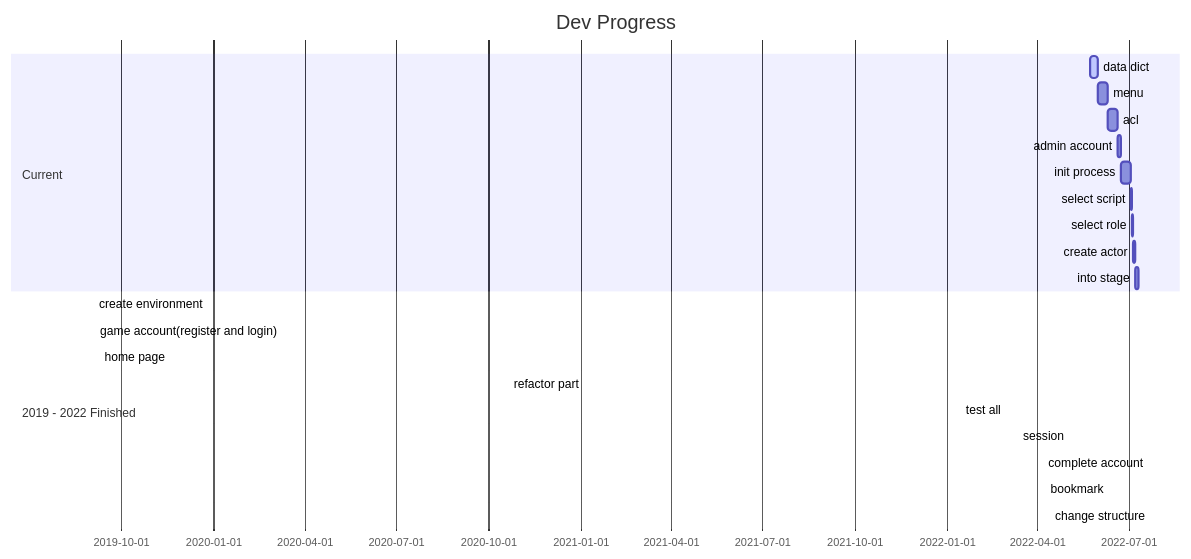
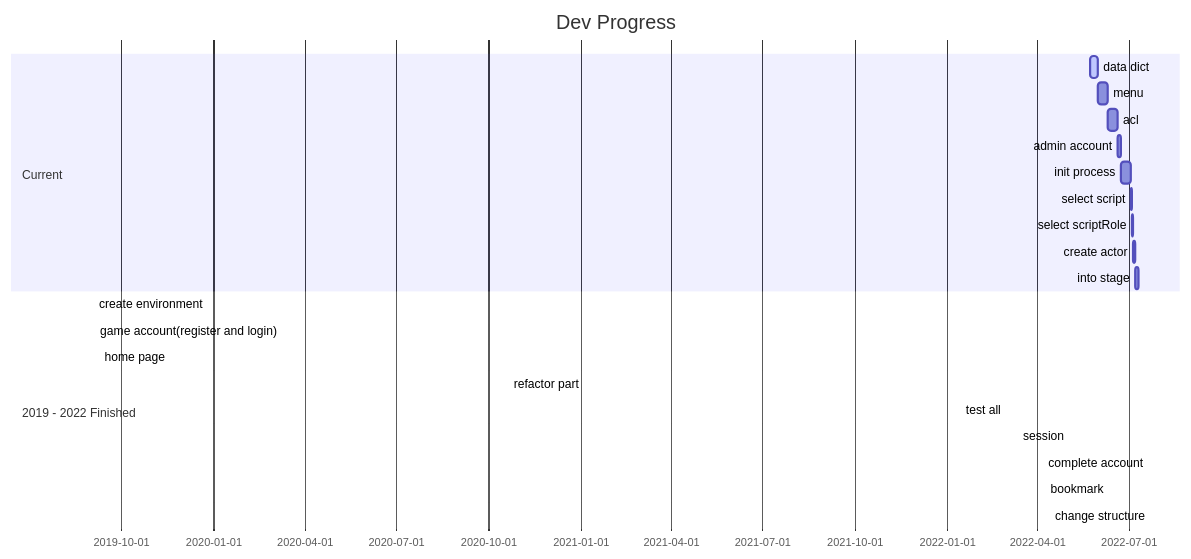
One commit to mrzhqiang/hellgate changed the second of 2 diagrams in docs/plan.md. Above: the diagram before and after it, drawn with Mermaid. The commit also changed 91 other files, not shown here.

````diff
--- a/docs/plan.md
+++ b/docs/plan.md
@@ -34,24 +34,24 @@
 ```mermaid
 gantt
     title Dev Progress
     section Current
     data dict :active, s1, 2022-05-24, 7d
     menu : s2, after s1, 10d
     acl : s3, after s2, 10d
     admin account : s4, after s3, 3d
     init process : s5, after s4, 10d
     select script : s6, after s5, 1d
-    select role : s7, after s6, 1d
+    select scriptRole : s7, after s6, 1d
     create actor : s8, after s7, 3d
     into stage : s9, after s8, 3d
     section 2019 - 2022 Finished
     create environment :done, f1, 2019-09-04, 2019-09-04
     game account(register and login) :done, f2, 2019-09-05, 2019-09-09
     home page :done, f3, 2019-09-10, 2020-10-20    
     refactor part :done, f4, 2020-10-21, 2022-01-13
     test all :done, f5, 2022-01-14, 2022-03-11
     session :done, f6, 2022-03-12, 2022-04-06
     complete account :done, f7, 2022-04-07, 2022-04-08
     bookmark :done, f8, 2022-04-09, 2022-04-12
     change structure :done, f9, 2022-04-13, 2022-04-17
 ```
````
